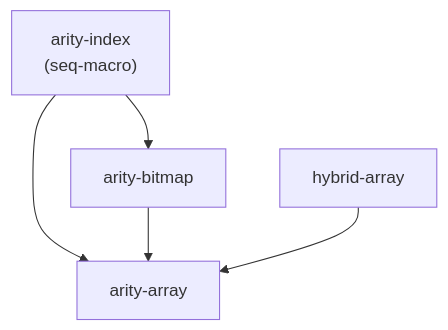
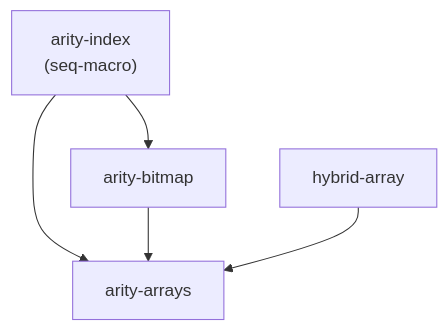
The diagram in docs/superpowers/specs/2026-06-26-arity-arrays-design.md (demosdemon/arity-arrays), drawn with Mermaid before and after one commit. The commit also changed other lines of this file, not shown here.

````diff
--- a/docs/superpowers/specs/2026-06-26-arity-arrays-design.md
+++ b/docs/superpowers/specs/2026-06-26-arity-arrays-design.md
@@ -103,11 +106,11 @@
 ```mermaid
 graph TD
     arity_index["arity-index<br/>(seq-macro)"]
     arity_bitmap["arity-bitmap"]
     hybrid["hybrid-array"]
-    arity_array["arity-array"]
+    arity_array["arity-arrays"]
     arity_index --> arity_bitmap
     arity_index --> arity_array
     arity_bitmap --> arity_array
     hybrid --> arity_array
 ```
````
